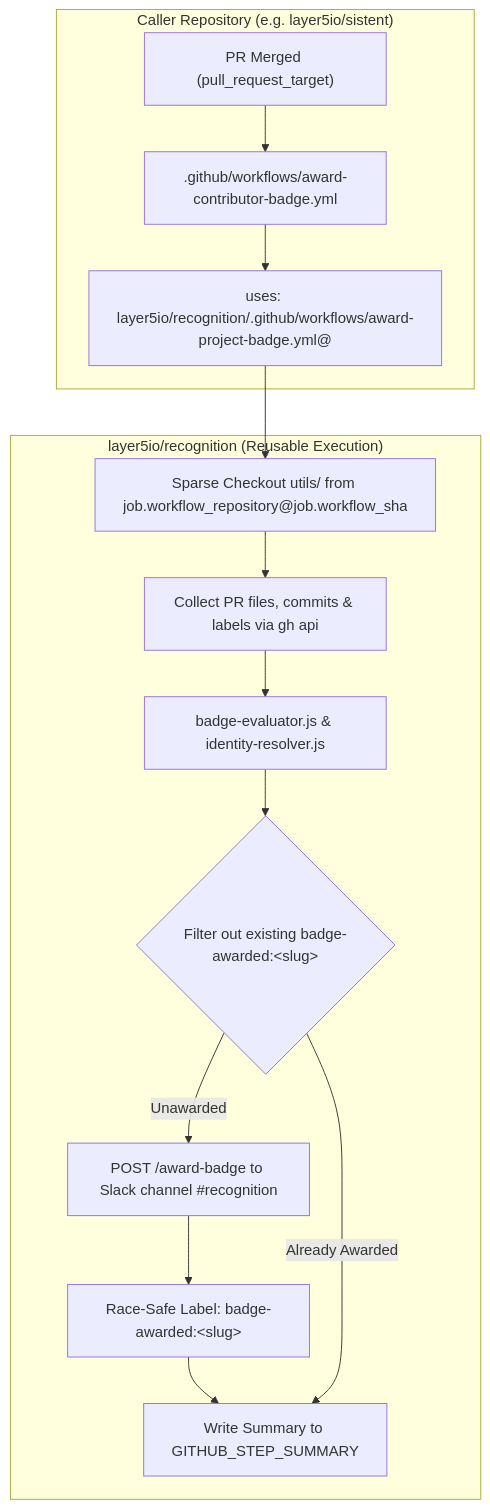
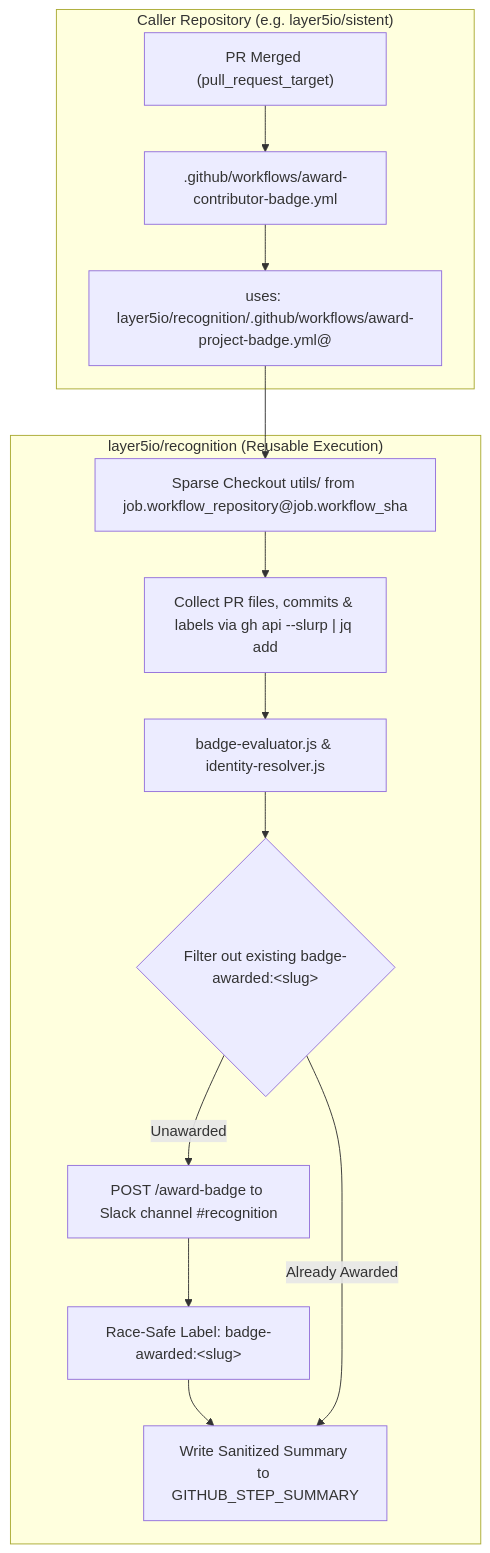
Before and after one commit to PARTH-TUSSLE/recognition: the diagram in docs/TRACK_2_BADGE_AUTOMATION.md, drawn with Mermaid. The commit also changed other lines of this file and 9 other files, not shown here.

````diff
--- a/docs/TRACK_2_BADGE_AUTOMATION.md
+++ b/docs/TRACK_2_BADGE_AUTOMATION.md
@@ -30,18 +30,18 @@
 ```mermaid
 flowchart TD
     subgraph TargetRepo["Caller Repository (e.g. layer5io/sistent)"]
         PRMerged["PR Merged (pull_request_target)"] --> CallerWorkflow[".github/workflows/award-contributor-badge.yml"]
         CallerWorkflow --> ReusableCall["uses: layer5io/recognition/.github/workflows/award-project-badge.yml@<SHA>"]
     end
 
     subgraph CentralEngine["layer5io/recognition (Reusable Execution)"]
         ReusableCall --> SparseCheckout["Sparse Checkout utils/ from job.workflow_repository@job.workflow_sha"]
-        SparseCheckout --> CollectMeta["Collect PR files, commits & labels via gh api"]
+        SparseCheckout --> CollectMeta["Collect PR files, commits & labels via gh api --slurp | jq add"]
         CollectMeta --> Evaluator["badge-evaluator.js & identity-resolver.js"]
         Evaluator --> FilterExisting{"Filter out existing badge-awarded:&lt;slug&gt;"}
         FilterExisting -- Unawarded --> SlackDispatch["POST /award-badge to Slack channel #recognition"]
         SlackDispatch --> LabelPR["Race-Safe Label: badge-awarded:&lt;slug&gt;"]
-        LabelPR --> StepSummary["Write Summary to GITHUB_STEP_SUMMARY"]
+        LabelPR --> StepSummary["Write Sanitized Summary to GITHUB_STEP_SUMMARY"]
         FilterExisting -- Already Awarded --> StepSummary
     end
 ```
````
